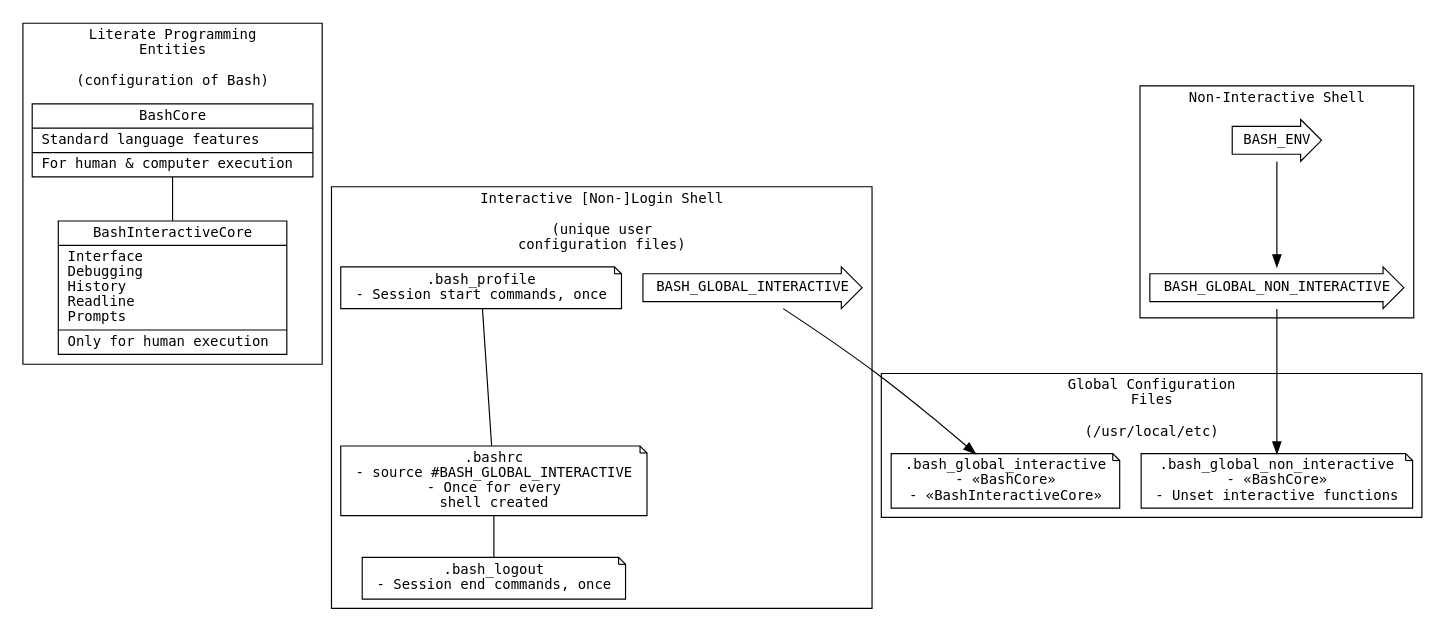
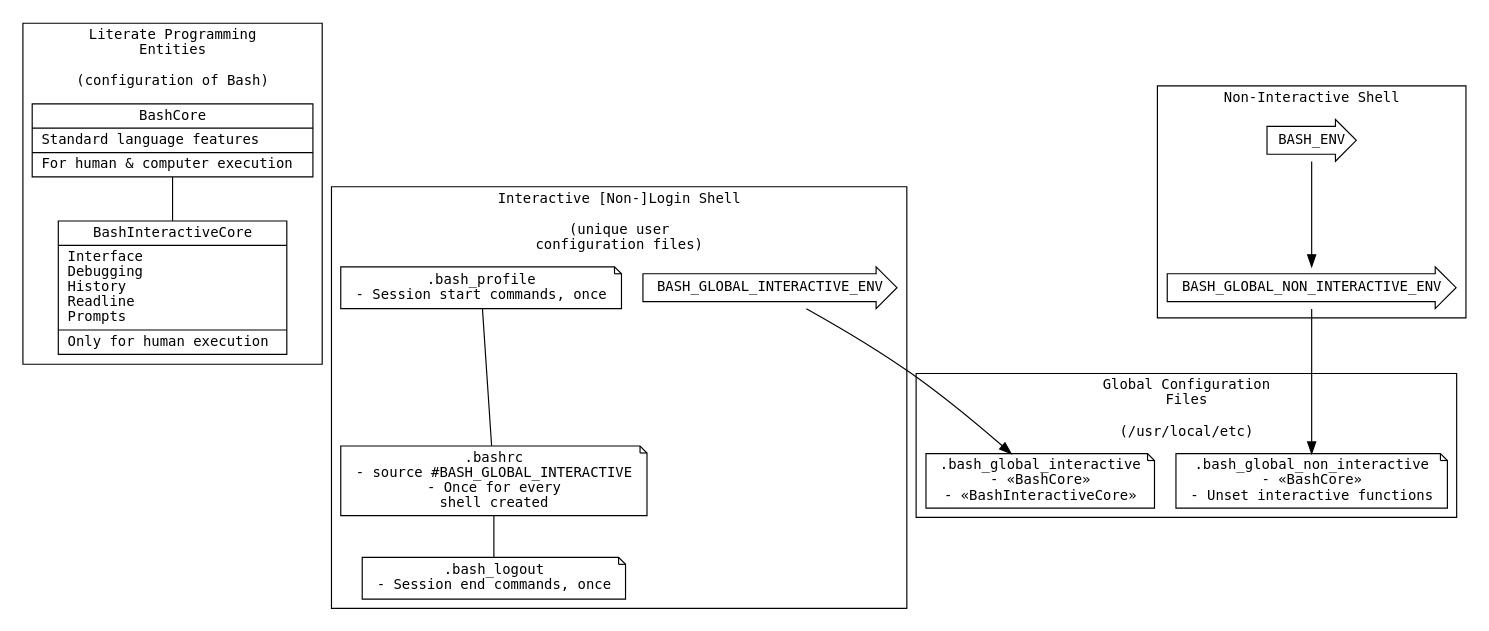
Before and after one commit to grettke/bash: the diagram in bash.org, drawn with Graphviz.

Commit message:
Better names

```diff
--- a/bash.org
+++ b/bash.org
@@ -2430,35 +2430,35 @@
 #+BEGIN_SRC dot :file "./image/version04.png" :wrap "RESULTS"
 digraph version5 {
   fontname = "DejaVu Sans Mono"
   fontsize = 12
   node [shape = "record" fontname = "DejaVu Sans Mono" fontsize = 12]
   subgraph cluster_0 {
     label = "Literate Programming\nEntities\n\n(configuration of Bash)";
     BashCore[label = "{BashCore|Standard language features\l|For human & computer execution\l}"]
     BashInteractiveCore[label = "{BashInteractiveCore|Interface\lDebugging\lHistory\lReadline\lPrompts\l|Only for human execution\l}"]
   }
   subgraph cluster_1 {
     label = "Global Configuration\nFiles\n\n(/usr/local/etc)";
     BashGlobalNonInteractiveFile[shape = "note" label = ".bash_global_non_interactive\n- «BashCore»\n- Unset interactive functions"]
     BashGlobalInteractiveFile[shape = "note" label = ".bash_global_interactive\n- «BashCore»\n- «BashInteractiveCore»"]
   }
   subgraph cluster_2 {
     label = "Interactive [Non-]Login Shell\n\n(unique user\nconfiguration files)";
     BashProfile[shape = "note" label = ".bash_profile\n- Session start commands, once"]
     BashRc[shape = "note" label = ".bashrc\n- source #BASH_GLOBAL_INTERACTIVE\n- Once for every\nshell created"]
     BashLogout[shape = "note" label = ".bash_logout\n- Session end commands, once"]
-    BashGlobalInteractiveProp [shape = "rarrow" label = "BASH_GLOBAL_INTERACTIVE"]
+    BashGlobalInteractiveProp [shape = "rarrow" label = "BASH_GLOBAL_INTERACTIVE_ENV"]
   }
   subgraph cluster_3 {
     label = "Non-Interactive Shell";
     BashEnv [shape = "rarrow" label = "BASH_ENV"]
-    BashGlobalNonInteractiveProp [shape = "rarrow" label = "BASH_GLOBAL_NON_INTERACTIVE"]
+    BashGlobalNonInteractiveProp [shape = "rarrow" label = "BASH_GLOBAL_NON_INTERACTIVE_ENV"]
   }
 
   BashCore -> BashInteractiveCore [arrowhead=none];
   BashProfile -> BashRc [arrowhead=none]
   BashRc -> BashLogout [arrowhead=none];
   BashEnv -> BashGlobalNonInteractiveProp -> BashGlobalNonInteractiveFile;
   BashGlobalInteractiveProp -> BashGlobalInteractiveFile;
 }
 #+END_SRC
```
